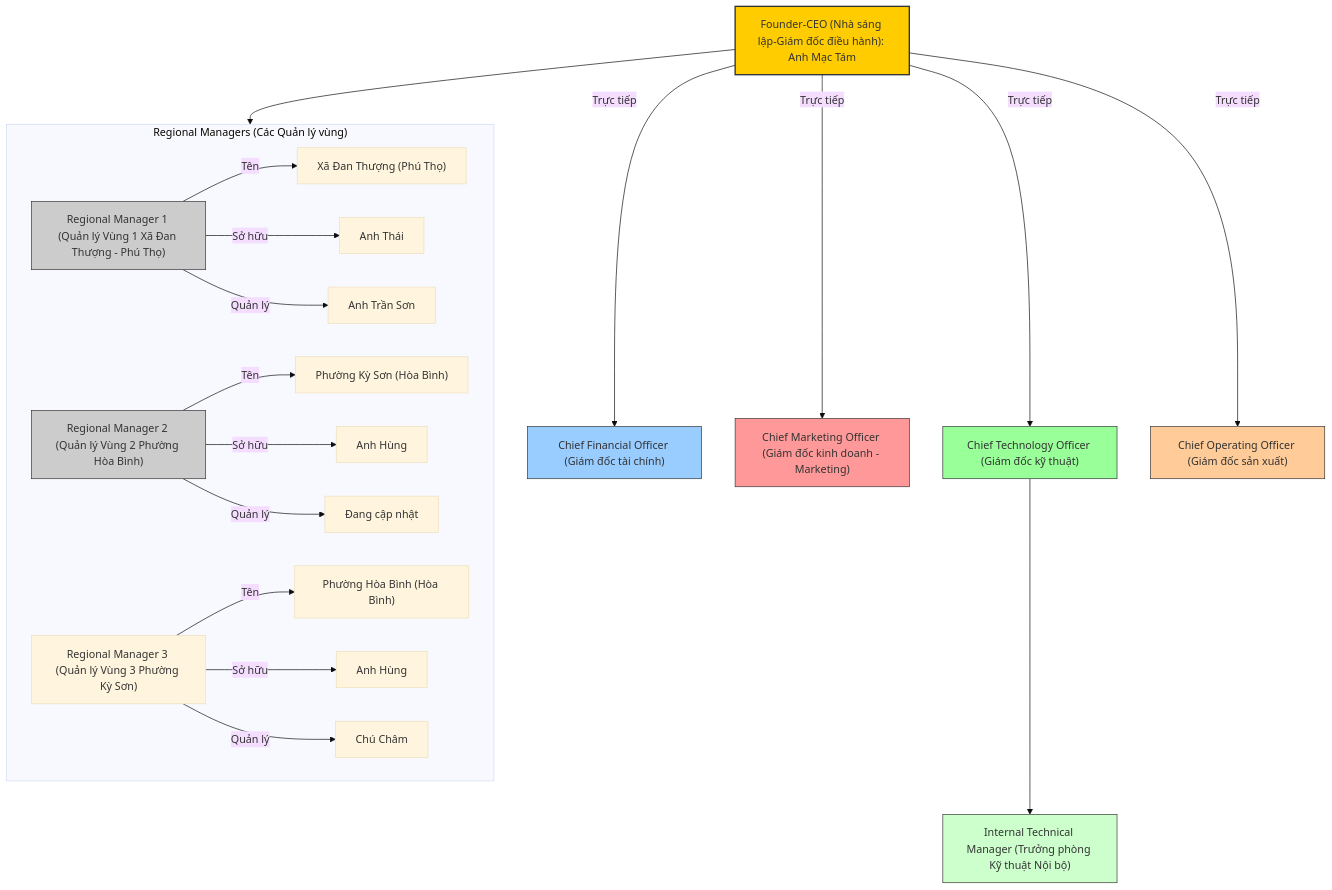
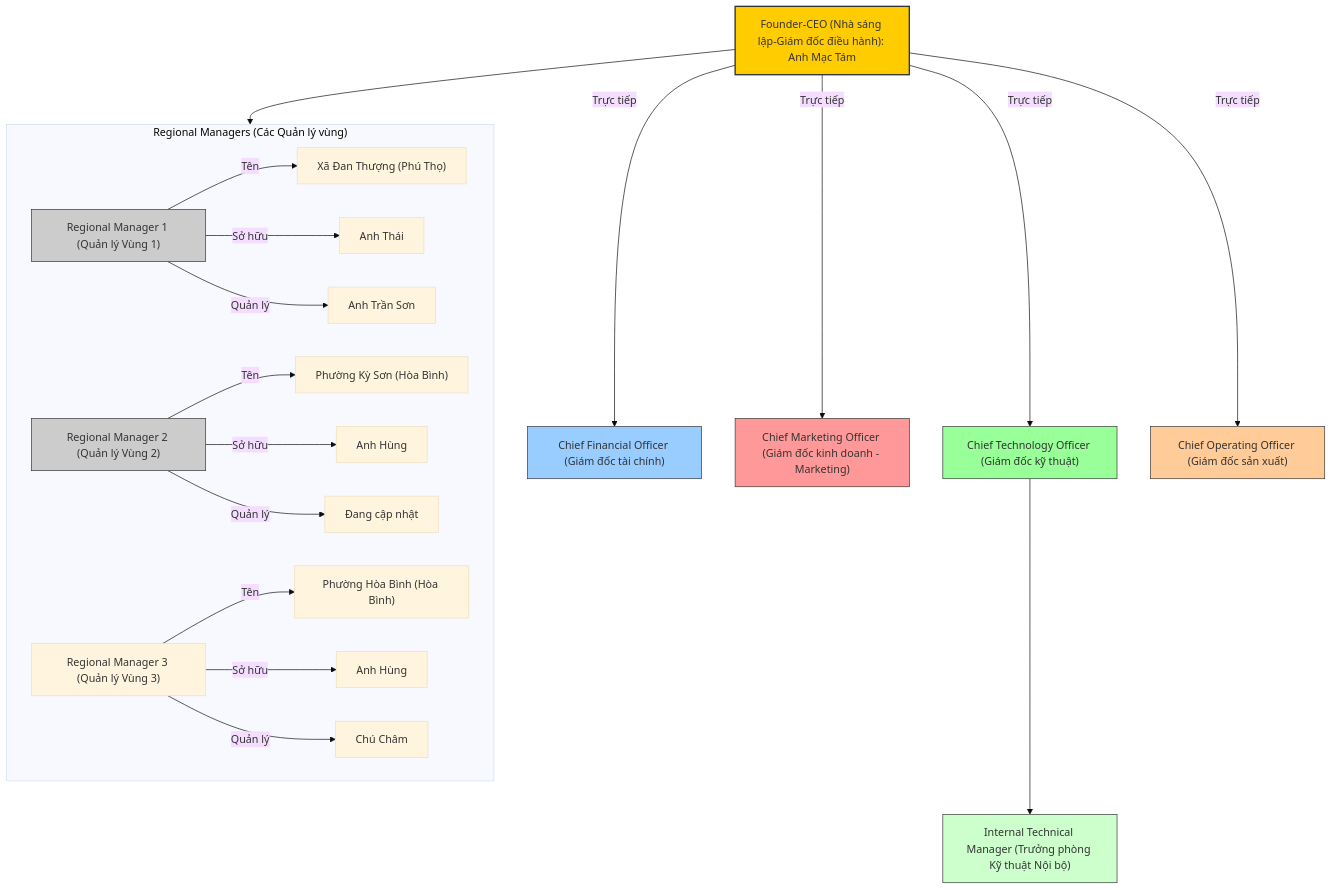
The diagram in organizational-chart.md (trethanhphat/gioi-thieu), drawn with Mermaid (base theme) before and after one commit.

````diff
--- a/organizational-chart.md
+++ b/organizational-chart.md
@@ -3,42 +3,42 @@
 ```mermaid
 flowchart TD
 CEO["Founder-CEO (Nhà sáng lập-Giám đốc điều hành): Anh Mạc Tám"]
     CEO --> |"Trực tiếp"| CFO["Chief Financial Officer (Giám đốc tài chính)"]
     CEO --> |"Trực tiếp"| CMO["Chief Marketing Officer (Giám đốc kinh doanh - Marketing)"]
     CEO --> |"Trực tiếp"| CTO["Chief Technology Officer (Giám đốc kỹ thuật)"]
     CEO --> |"Trực tiếp"| COO["Chief Operating Officer (Giám đốc sản xuất)"]
     %% Gom nhóm quản lý vùng
     subgraph REG["Regional Managers (Các Quản lý vùng)"]
         direction LR
-        RM1["Regional Manager 1 (Quản lý Vùng 1 Xã Đan Thượng - Phú Thọ)"]
+        RM1["Regional Manager 1 (Quản lý Vùng 1)"]
         RM1 --> |"Tên"| RM1-NAME["Xã Đan Thượng (Phú Thọ)"]
         RM1 --> |"Sở hữu"| RM1-OWNER["Anh Thái"]
         RM1 --> |"Quản lý"| RM1-MAN["Anh Trần Sơn"]
 
-        RM2["Regional Manager 2 (Quản lý Vùng 2 Phường Hòa Bình)"]
+        RM2["Regional Manager 2 (Quản lý Vùng 2)"]
         RM2 --> |"Tên"| RM2-NAME["Phường Kỳ Sơn (Hòa Bình)"]
         RM2 --> |"Sở hữu"| RM2-OWNER["Anh Hùng"]
         RM2 --> |"Quản lý"| RM2-MAN["Đang cập nhật"]
 
-        RM3["Regional Manager 3 (Quản lý Vùng 3 Phường Kỳ Sơn)"]
+        RM3["Regional Manager 3 (Quản lý Vùng 3)"]
         RM3 --> |"Tên"| RM3-NAME["Phường Hòa Bình (Hòa Bình)"]
         RM3 --> |"Sở hữu"| RM3-OWNER["Anh Hùng"]
         RM3 --> |"Quản lý"| RM3-MAN["Chú Châm"]
 
     end
     CEO --> REG
 
     CTO --> ITM["Internal Technical Manager (Trưởng phòng Kỹ thuật Nội bộ)"]
 
 %% 🎨 Màu sắc
     style CEO fill:#ffcc00,stroke:#333,stroke-width:2px
     style CFO fill:#99ccff,stroke:#333,stroke-width:1px
     style CMO fill:#ff9999,stroke:#333,stroke-width:1px
     style CTO fill:#99ff99,stroke:#333,stroke-width:1px
     style COO fill:#ffcc99,stroke:#333,stroke-width:1px
     style RM1 fill:#cccccc,stroke:#333,stroke-width:1px
     style RM2 fill:#cccccc,stroke:#333,stroke-width:1px
     style ITM fill:#ccffcc,stroke:#333,stroke-width:1px
 
 
 ```
````
